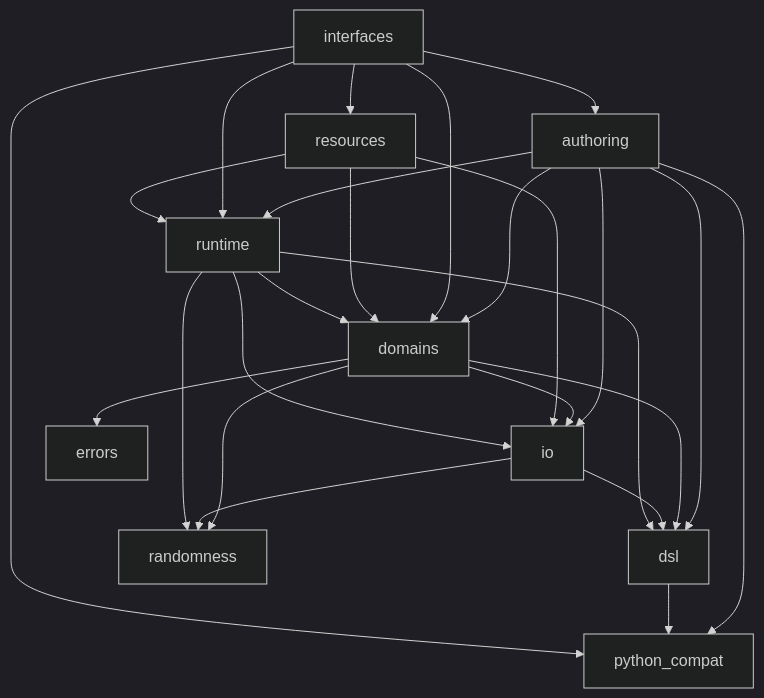
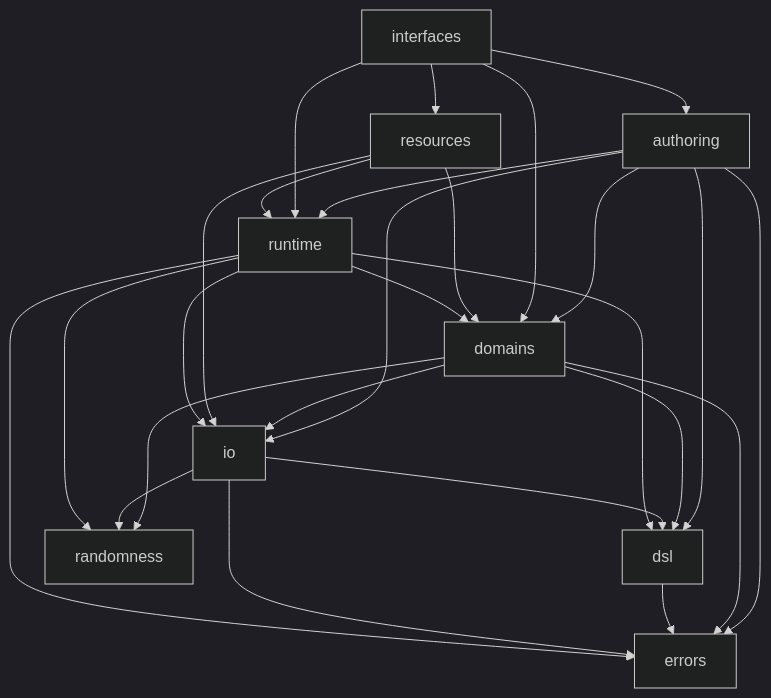
One commit to rapiddweller/datamimic changed the second of 2 diagrams in docs/architecture/refactoring-study/experiment-2/target-architecture.md. Above: the diagram before and after it, drawn with Mermaid (dark theme). The commit also changed other lines of this file and 295 other files, not shown here.

Commit message:
Adopt authoring Build and portable errors

````diff
--- a/docs/architecture/refactoring-study/experiment-2/target-architecture.md
+++ b/docs/architecture/refactoring-study/experiment-2/target-architecture.md
@@ -97,27 +98,28 @@
 ```mermaid
 graph TD
     authoring --> domains
     authoring --> dsl
+    authoring --> errors
     authoring --> io
-    authoring --> python_compat
     authoring --> runtime
     domains --> dsl
     domains --> errors
     domains --> io
     domains --> randomness
-    dsl --> python_compat
+    dsl --> errors
     interfaces --> authoring
     interfaces --> domains
-    interfaces --> python_compat
     interfaces --> resources
     interfaces --> runtime
     io --> dsl
+    io --> errors
     io --> randomness
     resources --> domains
     resources --> io
     resources --> runtime
     runtime --> domains
     runtime --> dsl
+    runtime --> errors
     runtime --> io
     runtime --> randomness
 ```
````
